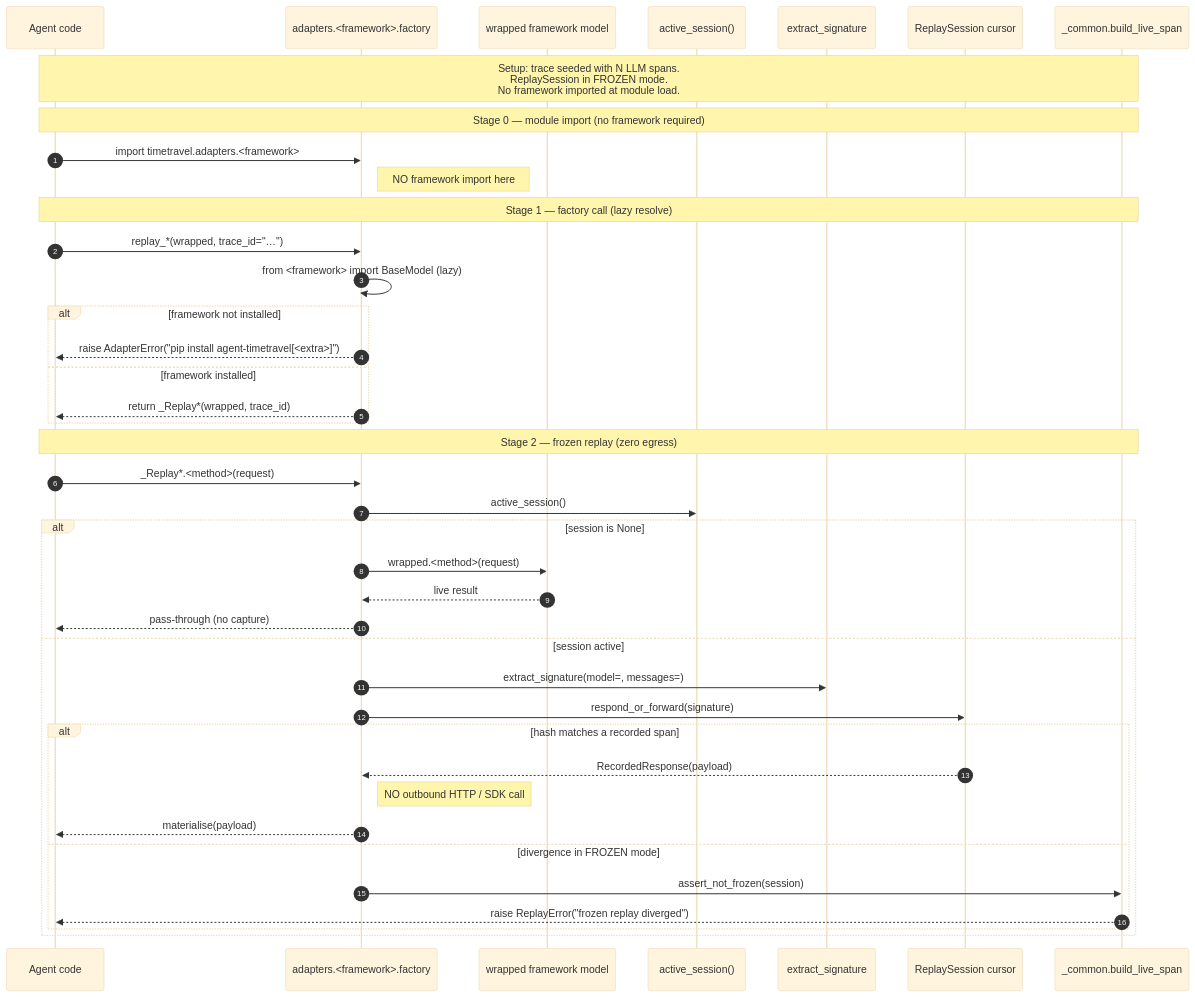
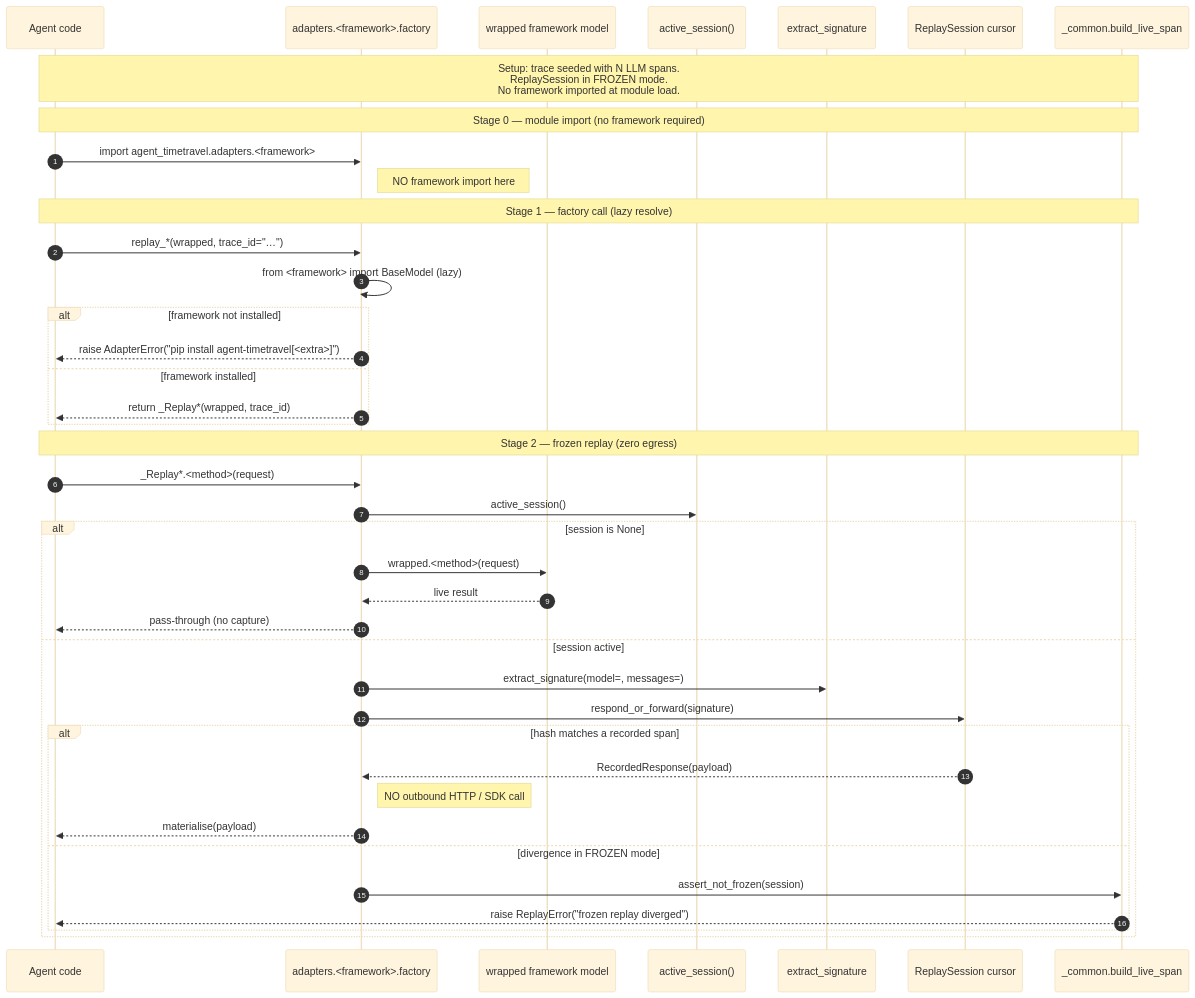
One commit to akshay-mp/Rewind changed the second of 3 diagrams in docs/phases/phase-6.md. Above: the diagram before and after it, drawn with Mermaid (base theme). The commit also changed other lines of this file and 113 other files, not shown here.

Commit message:
Prepare agent-timetravel 0.2.0 release

````diff
--- a/docs/phases/phase-6.md
+++ b/docs/phases/phase-6.md
@@ -200,46 +200,46 @@
 ```mermaid
 sequenceDiagram
     autonumber
     participant A as Agent code
     participant F as adapters.<framework>.factory
     participant W as wrapped framework model
     participant S as active_session()
     participant Sig as extract_signature
     participant Cursor as ReplaySession cursor
     participant C as _common.build_live_span
 
     Note over A,C: Setup: trace seeded with N LLM spans.<br/>ReplaySession in FROZEN mode.<br/>No framework imported at module load.
 
     Note over A,C: Stage 0 — module import (no framework required)
-    A->>F: import timetravel.adapters.<framework>
+    A->>F: import agent_timetravel.adapters.<framework>
     Note right of F: NO framework import here
 
     Note over A,C: Stage 1 — factory call (lazy resolve)
     A->>F: replay_*(wrapped, trace_id="…")
     F->>F: from <framework> import BaseModel  (lazy)
     alt framework not installed
         F-->>A: raise AdapterError("pip install agent-timetravel[<extra>]")
     else framework installed
         F-->>A: return _Replay*(wrapped, trace_id)
     end
 
     Note over A,C: Stage 2 — frozen replay (zero egress)
     A->>F: _Replay*.<method>(request)
     F->>S: active_session()
     alt session is None
         F->>W: wrapped.<method>(request)
         W-->>F: live result
         F-->>A: pass-through (no capture)
     else session active
         F->>Sig: extract_signature(model=, messages=)
         F->>Cursor: respond_or_forward(signature)
         alt hash matches a recorded span
             Cursor-->>F: RecordedResponse(payload)
             Note right of F: NO outbound HTTP / SDK call
             F-->>A: materialise(payload)
         else divergence in FROZEN mode
             F->>C: assert_not_frozen(session)
             C-->>A: raise ReplayError("frozen replay diverged")
         end
     end
 ```
````
